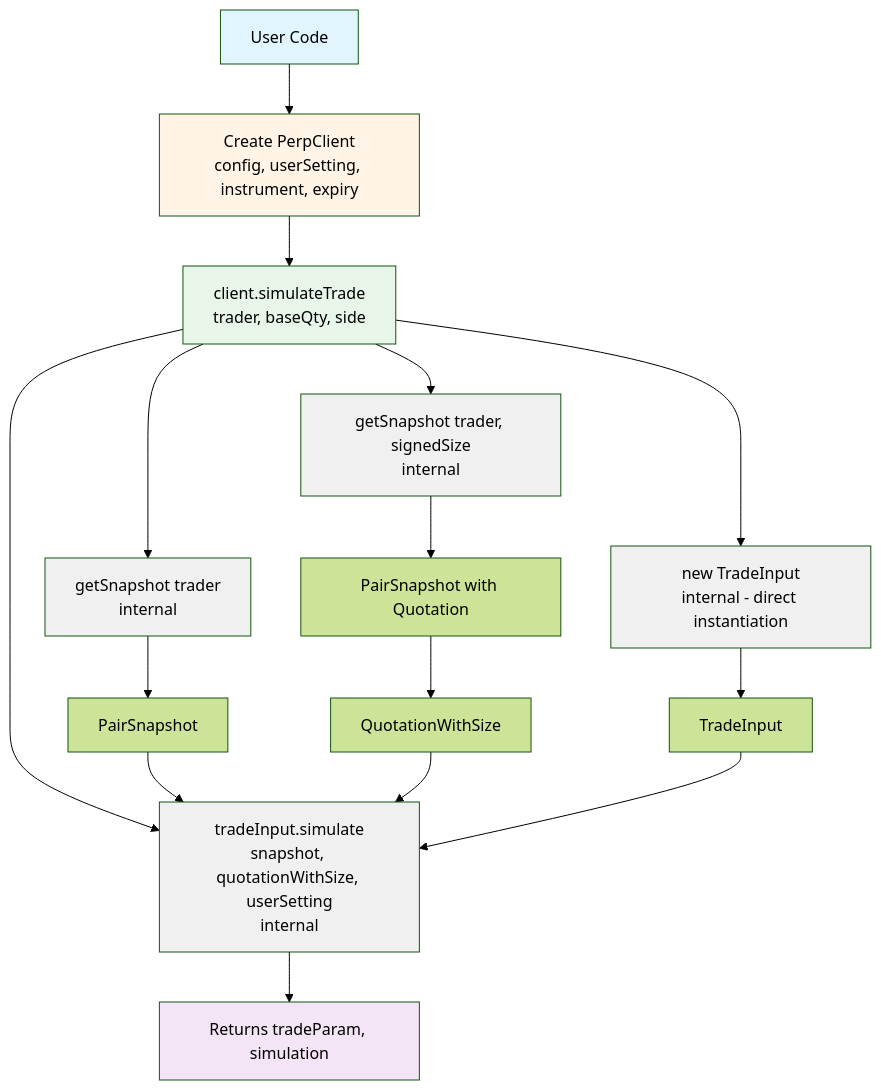
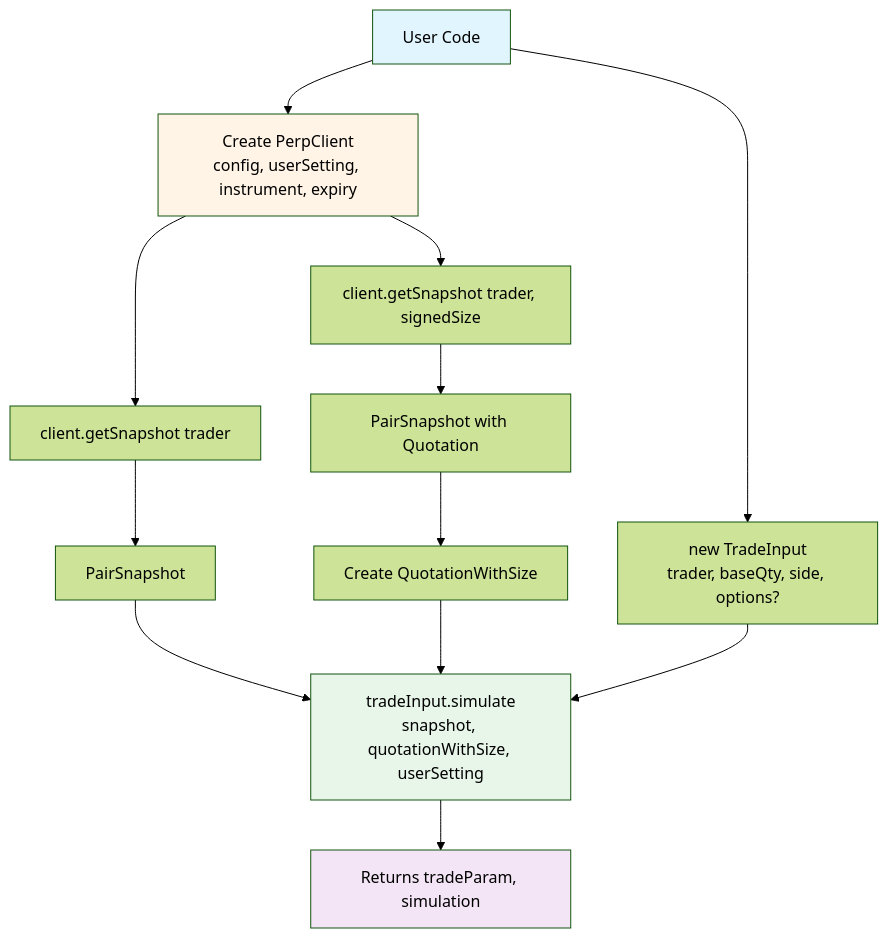
The fourth of 4 diagrams in packages/perpv3-ts/docs/perpv3-sdk-design-diagram.md (derivation-tech/ts-sdk), drawn with Mermaid (forest theme) before and after one commit. The commit also changed other lines of this file and 1 other file, not shown here.

Commit message:
refactor: remove simulateXX methods from PerpClient

````diff
--- a/packages/perpv3-ts/docs/perpv3-sdk-design-diagram.md
+++ b/packages/perpv3-ts/docs/perpv3-sdk-design-diagram.md
@@ -253,28 +250,21 @@
 ```mermaid
 flowchart TD
     A[User Code] --> B[Create PerpClient<br/>config, userSetting, instrument, expiry]
-    B --> C[client.simulateTrade<br/>trader, baseQty, side]
-
-    C --> D[getSnapshot trader<br/>internal]
-    C --> E[getSnapshot trader, signedSize<br/>internal]
-    C --> F[new TradeInput<br/>internal - direct instantiation]
-    C --> G[tradeInput.simulate<br/>snapshot, quotationWithSize, userSetting<br/>internal]
-
-    D --> H[PairSnapshot]
-    E --> I[PairSnapshot with Quotation]
-    I --> J[QuotationWithSize]
-    F --> K[TradeInput]
-    H --> G
-    J --> G
-    K --> G
-    G --> L[Returns tradeParam, simulation]
-
+    B --> C[client.getSnapshot trader]
+    B --> D[client.getSnapshot trader, signedSize]
+    
+    C --> E[PairSnapshot]
+    D --> F[PairSnapshot with Quotation]
+    F --> G[Create QuotationWithSize]
+    
+    A --> H[new TradeInput<br/>trader, baseQty, side, options?]
+    E --> I[tradeInput.simulate<br/>snapshot, quotationWithSize, userSetting]
+    G --> I
+    H --> I
+    I --> J[Returns tradeParam, simulation]
+    
     style A fill:#e1f5ff
     style B fill:#fff4e6
-    style C fill:#e8f5e9
-    style L fill:#f3e5f5
-    style D fill:#f0f0f0
-    style E fill:#f0f0f0
-    style F fill:#f0f0f0
-    style G fill:#f0f0f0
+    style I fill:#e8f5e9
+    style J fill:#f3e5f5
 ```
````
